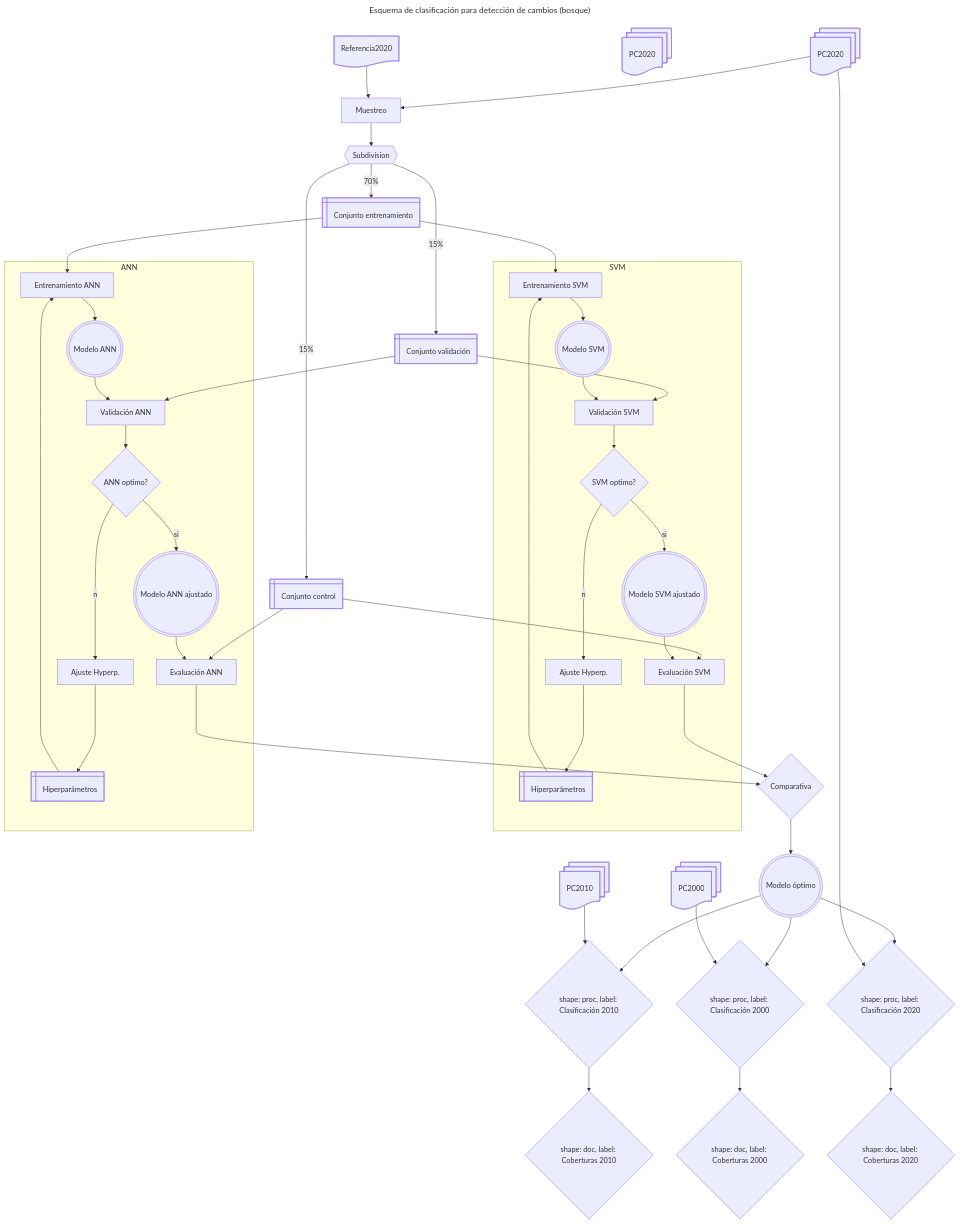
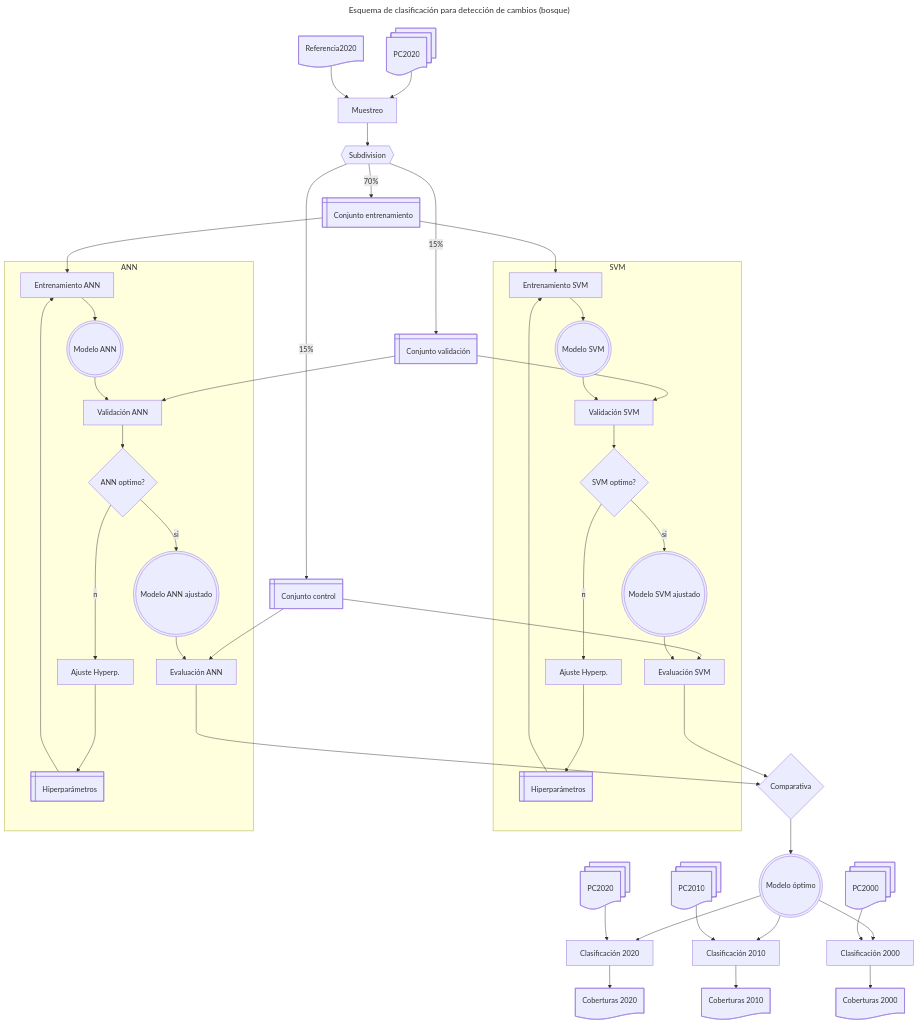
Before and after one commit to vshalisko/GEE: the diagram in ANPs/Esquema_clasificacion.mermaid, drawn with Mermaid.

```diff
--- a/ANPs/Esquema_clasificacion.mermaid
+++ b/ANPs/Esquema_clasificacion.mermaid
@@ -1,90 +1,90 @@
 ---
 title: Esquema de clasificación para detección de cambios (bosque)
 ---
 flowchart TD
     PC2000@{ shape: docs, label: PC2000}
     PC2010@{ shape: docs, label: PC2010}
     PC2020@{ shape: docs, label: PC2020}
     PC2020A@{ shape: docs, label: PC2020}
     Ref2020@{ shape: doc, label: Referencia2020}
     Muestreo@{ shape: proc, label: Muestreo}
     Subset@{ shape: hex, label: Subdivision}
     Train2020@{ shape: win-pane, label: Conjunto entrenamiento}
     Test2020@{ shape: win-pane, label: Conjunto control}
     Valid2020@{ shape: win-pane, label: Conjunto validación}
 
     HyperparamSVM@{ shape: win-pane, label: Hiperparámetros}
     HyperparamANN@{ shape: win-pane, label: Hiperparámetros}
     TrainSVM@{ shape: proc, label: Entrenamiento SVM}
     TrainANN@{ shape: proc, label: Entrenamiento ANN}
     ModeloSVM@{ shape: double-circle, label: Modelo SVM}
     ModeloANN@{ shape: double-circle, label: Modelo ANN}
     ModeloSVMok@{ shape: double-circle, label: Modelo SVM ajustado}
     ModeloANNok@{ shape: double-circle, label: Modelo ANN ajustado}
     ValidSVM@{ shape: proc, label: Validación SVM}
     ValidANN@{ shape: proc, label: Validación ANN}
     OptimSVM@{ shape: diam, label: SVM optimo?}
     OptimANN@{ shape: diam, label: ANN optimo?}
     ControlSVM@{ shape: proc, label: Evaluación SVM}
     ControlANN@{ shape: proc, label: Evaluación ANN}
     AjusteHypSVM@{ shape: proc, label: Ajuste Hyperp.}
     AjusteHypANN@{ shape: proc, label: Ajuste Hyperp.}
     Comparativa@{ shape: diam, label: Comparativa}
     ModeloOptimo@{ shape: double-circle, label: Modelo óptimo}
 
-    Clasif2020{ shape: proc, label: Clasificación 2020}
-    Clasif2010{ shape: proc, label: Clasificación 2010}
-    Clasif2000{ shape: proc, label: Clasificación 2000}
+    Clasif2020@{ shape: proc, label: Clasificación 2020}
+    Clasif2010@{ shape: proc, label: Clasificación 2010}
+    Clasif2000@{ shape: proc, label: Clasificación 2000}
 
-    Coberturas2020{ shape: doc, label: Coberturas 2020}
-    Coberturas2010{ shape: doc, label: Coberturas 2010}
-    Coberturas2000{ shape: doc, label: Coberturas 2000}
+    Coberturas2020@{ shape: doc, label: Coberturas 2020}
+    Coberturas2010@{ shape: doc, label: Coberturas 2010}
+    Coberturas2000@{ shape: doc, label: Coberturas 2000}
 
-    PC2020 --> Muestreo
+    PC2020A --> Muestreo
     Ref2020 --> Muestreo
     Muestreo --> Subset
     Subset --70%--> Train2020
     Subset --15%--> Test2020
     Subset --15%--> Valid2020
 
     Train2020 --> TrainSVM    
     Train2020 --> TrainANN    
     Valid2020 --> ValidSVM
     Valid2020 --> ValidANN
     Test2020 --> ControlSVM
     Test2020 --> ControlANN
 
     subgraph SVM
         HyperparamSVM ----> TrainSVM
         TrainSVM --> ModeloSVM
         ModeloSVM --> ValidSVM
         ValidSVM --> OptimSVM
         OptimSVM --si--> ModeloSVMok
         OptimSVM --no--> AjusteHypSVM
         AjusteHypSVM ----> HyperparamSVM
         ModeloSVMok --> ControlSVM
     end
 
     subgraph ANN
         HyperparamANN ----> TrainANN
         TrainANN --> ModeloANN
         ModeloANN --> ValidANN
         ValidANN --> OptimANN
         OptimANN --si--> ModeloANNok
         OptimANN --no--> AjusteHypANN
         AjusteHypANN ----> HyperparamANN
         ModeloANNok --> ControlANN
     end
 
     ControlANN ----> Comparativa
     ControlSVM ----> Comparativa
     Comparativa --> ModeloOptimo
     ModeloOptimo --> Clasif2020
     ModeloOptimo --> Clasif2010
     ModeloOptimo --> Clasif2000
     PC2020 --> Clasif2020
     PC2010 --> Clasif2010
     PC2000 --> Clasif2000
     Clasif2020 --> Coberturas2020
     Clasif2010 --> Coberturas2010
     Clasif2000 --> Coberturas2000
```
